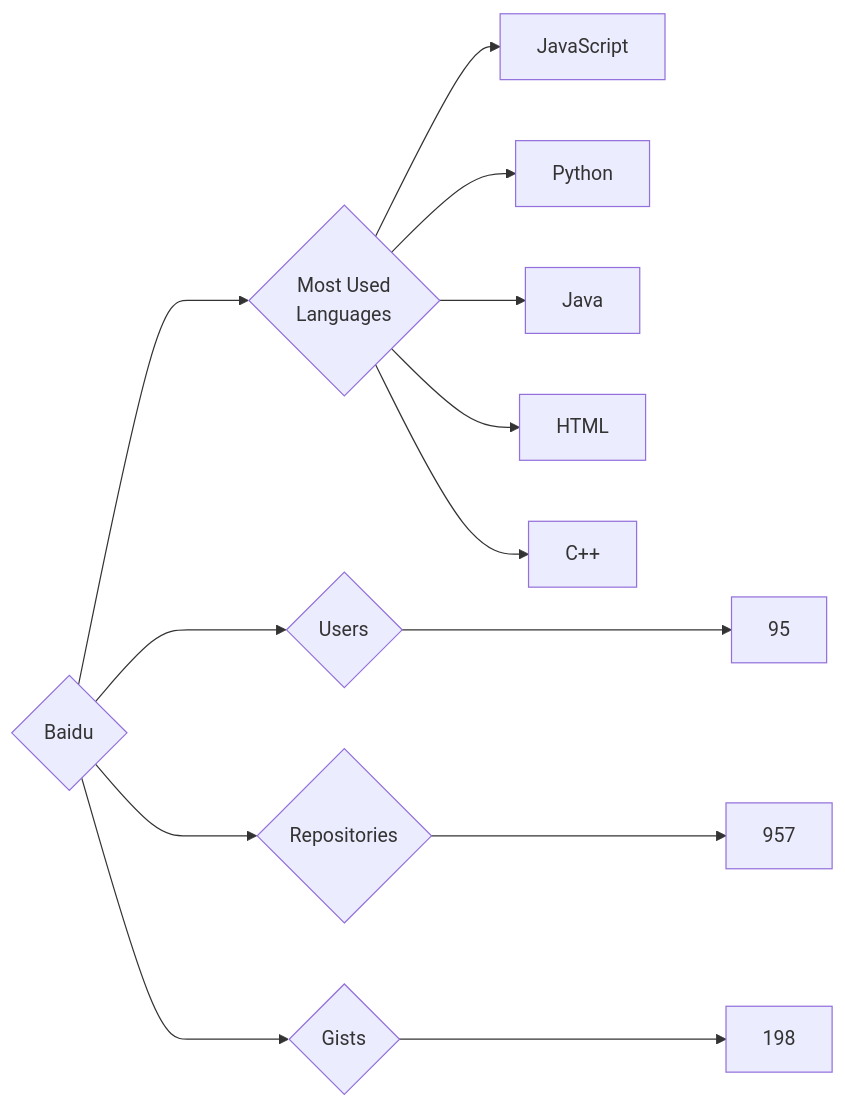
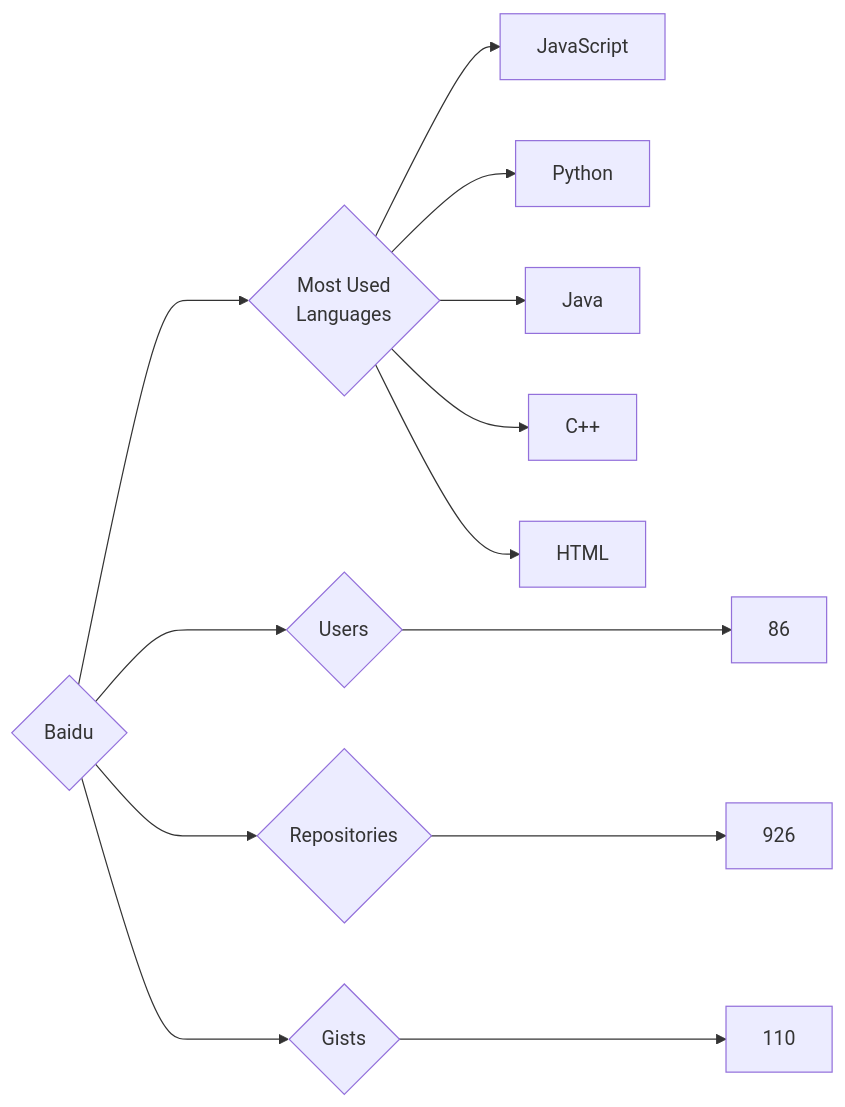
Before and after one commit to trickest/insiders: the diagram in targets/Baidu/README.md, drawn with Mermaid. The commit also changed 898 other files, not shown here.

````diff
--- a/targets/Baidu/README.md
+++ b/targets/Baidu/README.md
@@ -3,13 +3,13 @@
 ```mermaid
 graph LR
 COMPANY_NAME{Baidu}
-COMPANY_NAME ---> U{Users} ---> UN[95]
-COMPANY_NAME ---> R{Repositories} ---> RN[957]
-COMPANY_NAME ---> G{Gists} ---> GN[198]
+COMPANY_NAME ---> U{Users} ---> UN[86]
+COMPANY_NAME ---> R{Repositories} ---> RN[926]
+COMPANY_NAME ---> G{Gists} ---> GN[110]
 COMPANY_NAME ---> ML{Most Used<br>Languages}
 ML --> JavaScript[JavaScript]
 ML --> Python[Python]
 ML --> Java[Java]
+ML --> C++[C++]
 ML --> HTML[HTML]
-ML --> C++[C++]
 ```
````
